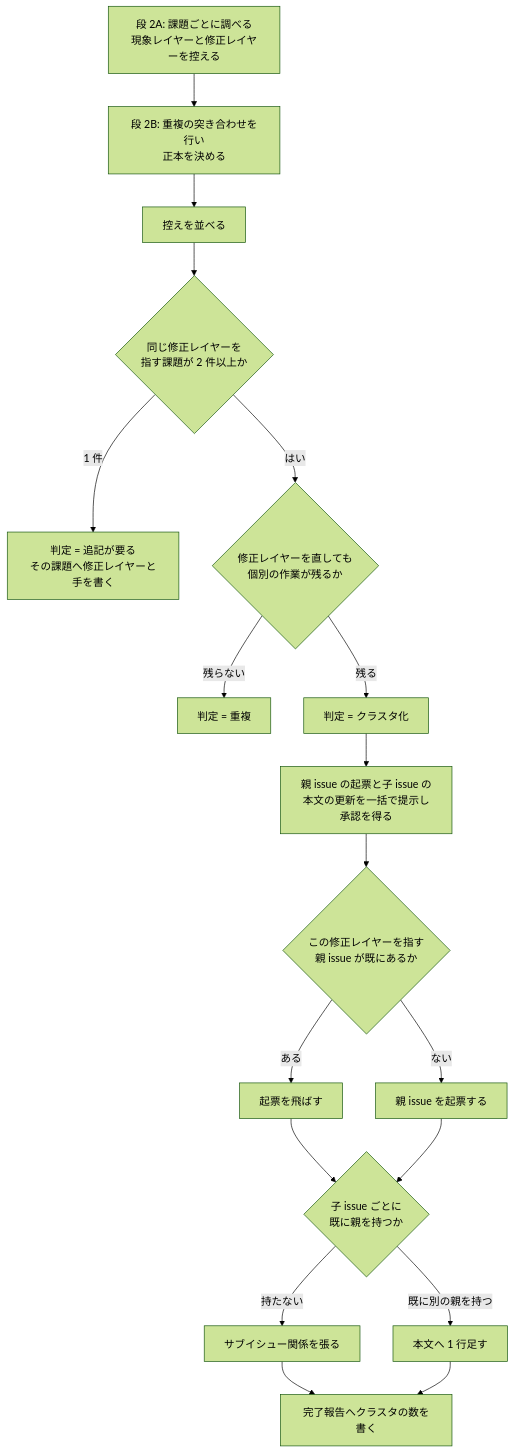
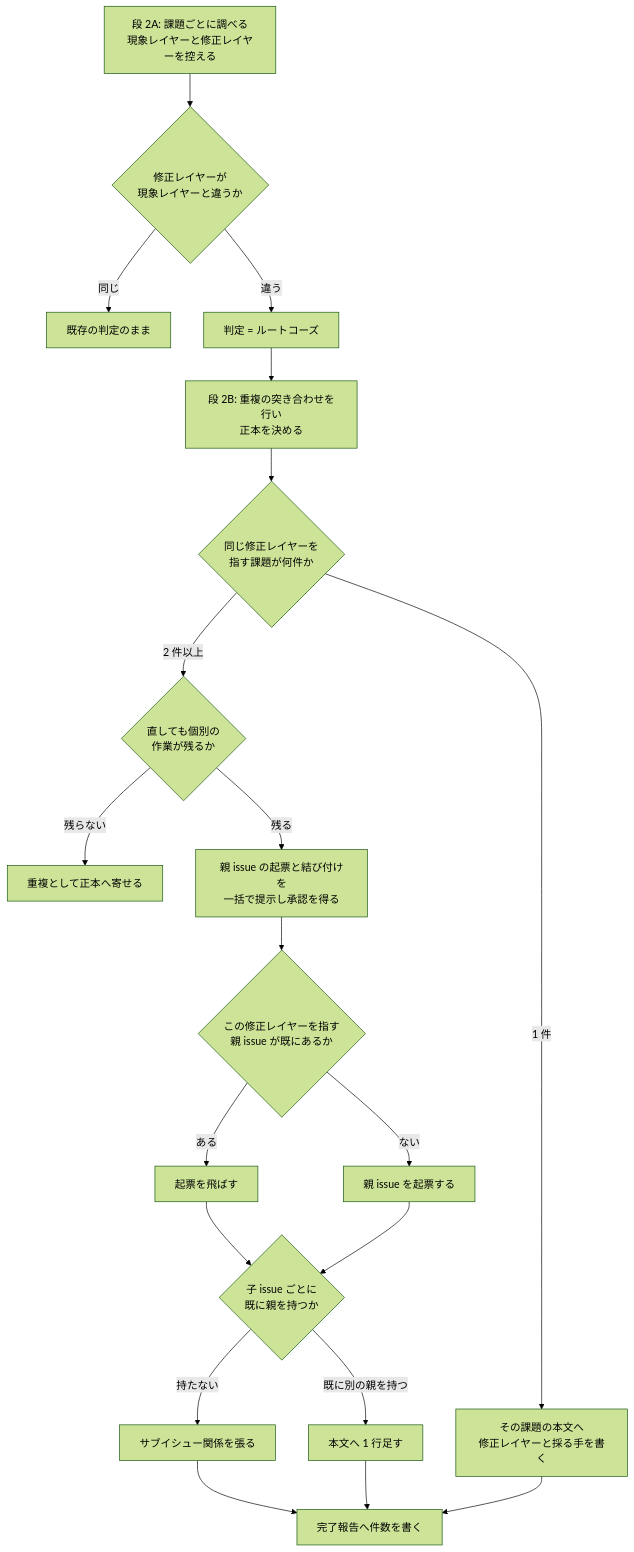
One commit to devbasex/ai-plugins changed the first of 3 diagrams in issues/issue-712-713-design.md. Above: the diagram before and after it, drawn with Mermaid (forest theme). The commit also changed other lines of this file and 2 other files, not shown here.

````diff
--- a/issues/issue-712-713-design.md
+++ b/issues/issue-712-713-design.md
@@ -202,20 +213,22 @@
 ```mermaid
 flowchart TD
-    A["段 2A: 課題ごとに調べる<br/>現象レイヤーと修正レイヤーを控える"] --> B0["段 2B: 重複の突き合わせを行い<br/>正本を決める"]
-    B0 --> B["控えを並べる"]
-    B --> C{"同じ修正レイヤーを<br/>指す課題が 2 件以上か"}
-    C -->|1 件| D["判定 = 追記が要る<br/>その課題へ修正レイヤーと手を書く"]
-    C -->|はい| E{"修正レイヤーを直しても<br/>個別の作業が残るか"}
-    E -->|残らない| D2["判定 = 重複"]
-    E -->|残る| H["判定 = クラスタ化"]
-    H --> I["親 issue の起票と子 issue の<br/>本文の更新を一括で提示し承認を得る"]
+    A["段 2A: 課題ごとに調べる<br/>現象レイヤーと修正レイヤーを控える"] --> C{"修正レイヤーが<br/>現象レイヤーと違うか"}
+    C -->|同じ| D0["既存の判定のまま"]
+    C -->|違う| H["判定 = ルートコーズ"]
+    H --> B0["段 2B: 重複の突き合わせを行い<br/>正本を決める"]
+    B0 --> B{"同じ修正レイヤーを<br/>指す課題が何件か"}
+    B -->|1 件| D["その課題の本文へ<br/>修正レイヤーと採る手を書く"]
+    B -->|2 件以上| E{"直しても個別の<br/>作業が残るか"}
+    E -->|残らない| D2["重複として正本へ寄せる"]
+    E -->|残る| I["親 issue の起票と結び付けを<br/>一括で提示し承認を得る"]
     I --> J{"この修正レイヤーを指す<br/>親 issue が既にあるか"}
     J -->|ある| K["起票を飛ばす"]
     J -->|ない| L["親 issue を起票する"]
     K --> M{"子 issue ごとに<br/>既に親を持つか"}
     L --> M
     M -->|持たない| M1["サブイシュー関係を張る"]
     M -->|既に別の親を持つ| M2["本文へ 1 行足す"]
-    M1 --> N["完了報告へクラスタの数を書く"]
+    M1 --> N["完了報告へ件数を書く"]
     M2 --> N
+    D --> N
 ```
````
